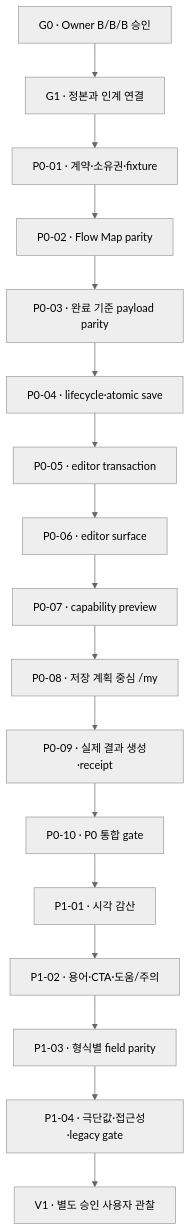
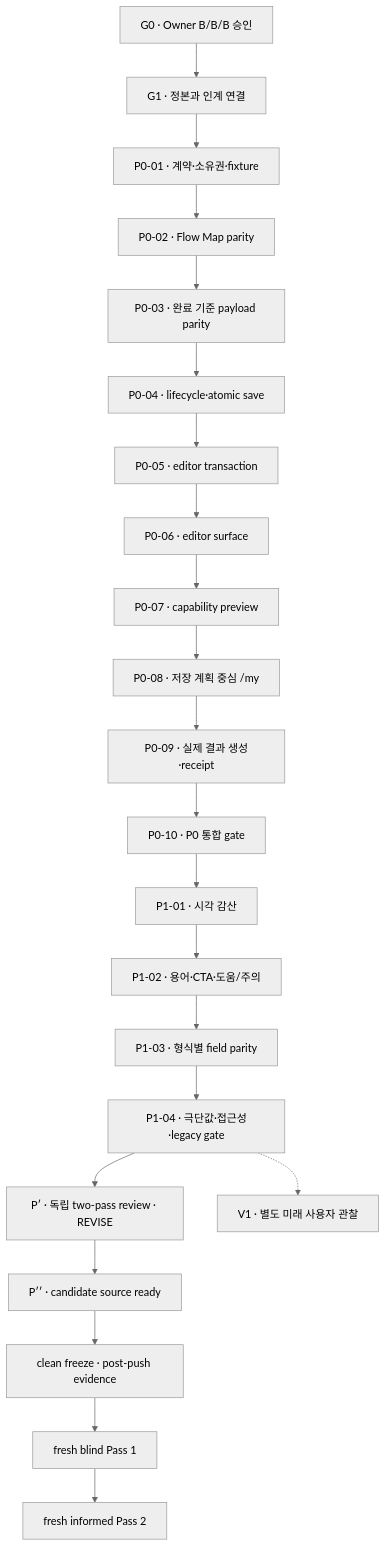
The diagram in docs/specs/2026-08-04-p35-round2-bounded-ux-correction/full-program.md (knhbae/flowme2605), drawn with Mermaid (neutral theme) before and after one commit. The commit also changed other lines of this file and 63 other files, not shown here.

````diff
--- a/docs/specs/2026-08-04-p35-round2-bounded-ux-correction/full-program.md
+++ b/docs/specs/2026-08-04-p35-round2-bounded-ux-correction/full-program.md
@@ -65,19 +72,24 @@
 ```mermaid
 flowchart TD
   G0["G0 · Owner B/B/B 승인"] --> G1["G1 · 정본과 인계 연결"]
   G1 --> P001["P0-01 · 계약·소유권·fixture"]
   P001 --> P002["P0-02 · Flow Map parity"]
   P002 --> P003["P0-03 · 완료 기준 payload parity"]
   P003 --> P004["P0-04 · lifecycle·atomic save"]
   P004 --> P005["P0-05 · editor transaction"]
   P005 --> P006["P0-06 · editor surface"]
   P006 --> P007["P0-07 · capability preview"]
   P007 --> P008["P0-08 · 저장 계획 중심 /my"]
   P008 --> P009["P0-09 · 실제 결과 생성·receipt"]
   P009 --> P010["P0-10 · P0 통합 gate"]
   P010 --> P101["P1-01 · 시각 감산"]
   P101 --> P102["P1-02 · 용어·CTA·도움/주의"]
   P102 --> P103["P1-03 · 형식별 field parity"]
   P103 --> P104["P1-04 · 극단값·접근성·legacy gate"]
-  P104 --> V1["V1 · 별도 승인 사용자 관찰"]
+  P104 --> PP["P′ · 독립 two-pass review · REVISE"]
+  PP --> PPP["P′′ · candidate source ready"]
+  PPP --> CF["clean freeze · post-push evidence"]
+  CF --> R1["fresh blind Pass 1"]
+  R1 --> R2["fresh informed Pass 2"]
+  P104 -.-> V1["V1 · 별도 미래 사용자 관찰"]
 ```
````
